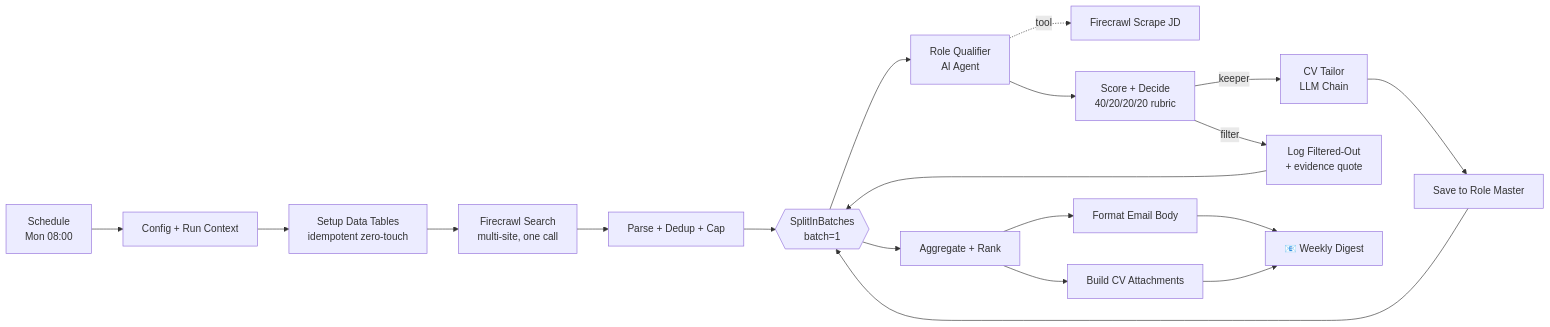
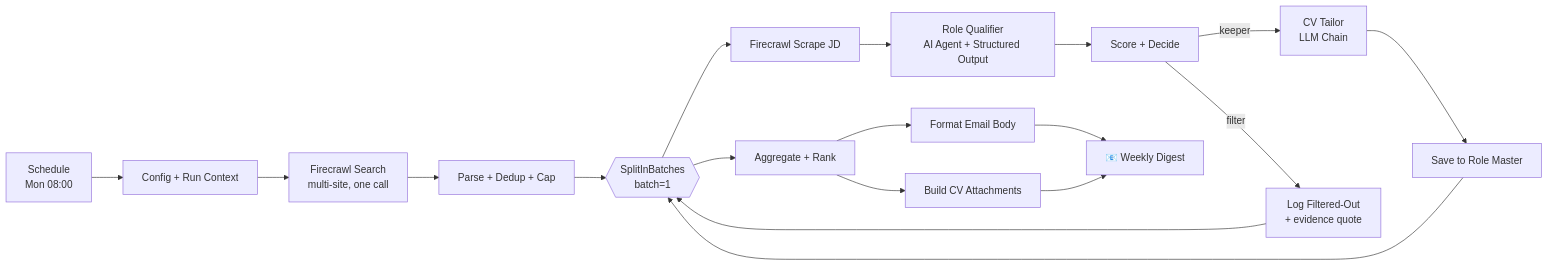
The second of 4 diagrams in README.md (Vaughnai2023/n8n-community-challenge---Case-2-Daniel-Job-Scout), drawn with Mermaid before and after one commit. The commit also changed other lines of this file and 2 other files, not shown here.

````diff
--- a/README.md
+++ b/README.md
@@ -40,21 +54,20 @@
 ```mermaid
 flowchart LR
     A[Schedule<br/>Mon 08:00] --> B[Config + Run Context]
-    B --> C[Setup Data Tables<br/>idempotent zero-touch]
-    C --> D[Firecrawl Search<br/>multi-site, one call]
+    B --> D[Firecrawl Search<br/>multi-site, one call]
     D --> E[Parse + Dedup + Cap]
     E --> F{{SplitInBatches<br/>batch=1}}
-    F --> G[Role Qualifier<br/>AI Agent]
-    G -. tool .-> H[Firecrawl Scrape JD]
-    G --> I[Score + Decide<br/>40/20/20/20 rubric]
+    F --> H[Firecrawl Scrape JD]
+    H --> G[Role Qualifier<br/>AI Agent + Structured Output]
+    G --> I[Score + Decide]
     I -->|keeper| J[CV Tailor<br/>LLM Chain]
     J --> K[Save to Role Master]
     I -->|filter| L[Log Filtered-Out<br/>+ evidence quote]
     K --> F
     L --> F
     F --> M[Aggregate + Rank]
     M --> N[Format Email Body]
     M --> O[Build CV Attachments]
     N --> P[📧 Weekly Digest]
     O --> P
 ```
````
